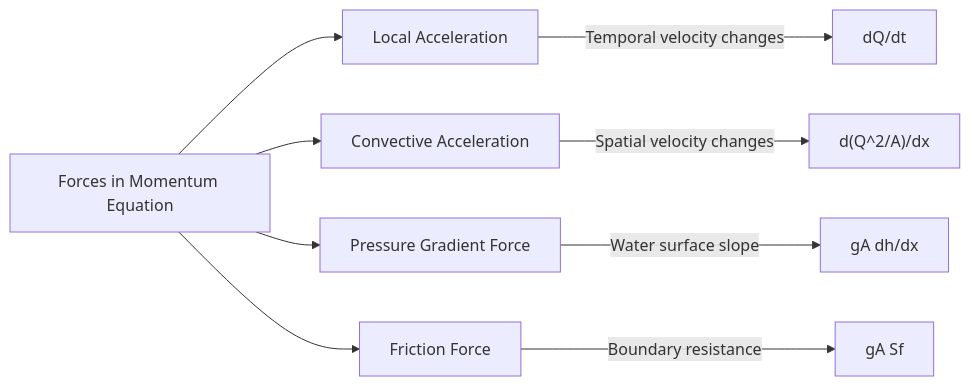
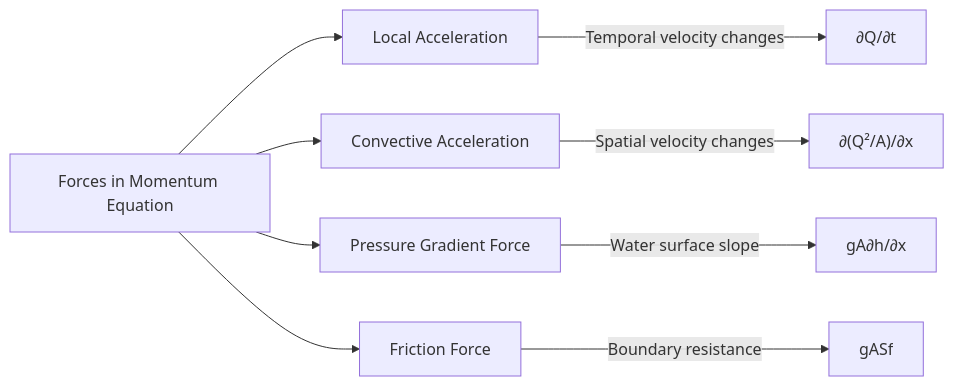
Before and after one commit to SouravDSGit/Hydrodynamic-Modeling: the second of 5 diagrams in docs/chapter_02.md, drawn with Mermaid.

````diff
--- a/docs/chapter_02.md
+++ b/docs/chapter_02.md
@@ -97,13 +97,12 @@
 ```{mermaid}
 graph LR
     A[Forces in Momentum Equation] --> B[Local Acceleration]
     A --> C[Convective Acceleration]
     A --> D[Pressure Gradient Force]
     A --> E[Friction Force]
 
-    B -->|"Temporal velocity changes"| B1["dQ/dt"]
-    C -->|"Spatial velocity changes"| C1["d(Q^2/A)/dx"]
-    D -->|"Water surface slope"| D1["gA dh/dx"]
-    E -->|"Boundary resistance"| E1["gA Sf"]
-
+    B -->|Temporal velocity changes| B1["∂Q/∂t"]
+    C -->|Spatial velocity changes| C1["∂(Q²/A)/∂x"]
+    D -->|Water surface slope| D1["gA∂h/∂x"]
+    E -->|Boundary resistance| E1["gASf"]
 ```
````
